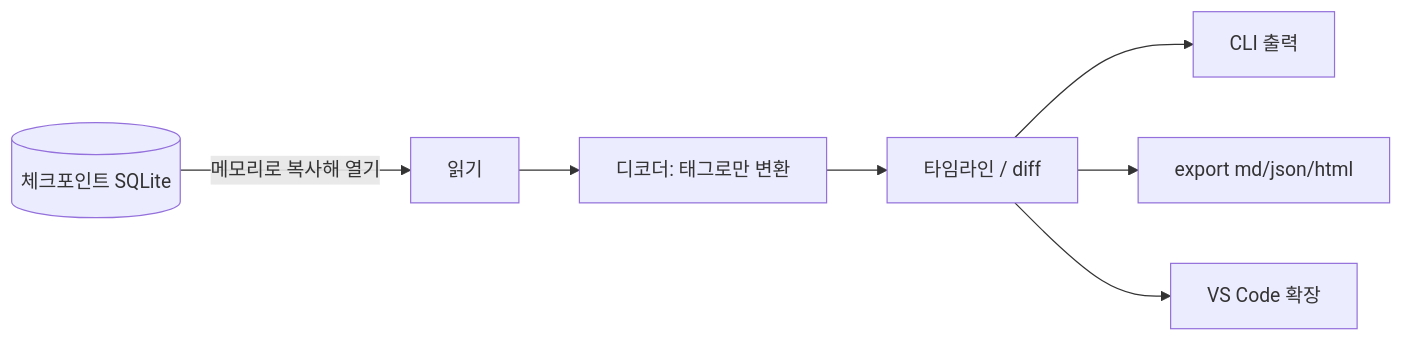
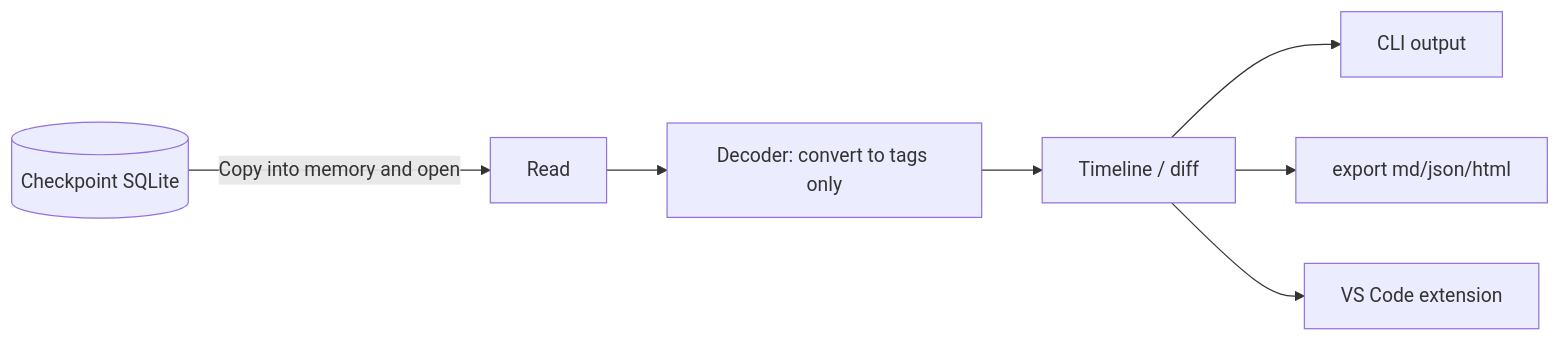
Before and after one commit to LeeGyeongPil/graphtrail: the diagram in README.md, drawn with Mermaid. The commit also changed other lines of this file and 2 other files, not shown here.

````diff
--- a/README.md
+++ b/README.md
@@ -192,9 +190,9 @@
 ```mermaid
 flowchart LR
-  A[(체크포인트 SQLite)] -->|메모리로 복사해 열기| B[읽기]
-  B --> C[디코더: 태그로만 변환]
-  C --> D[타임라인 / diff]
-  D --> E[CLI 출력]
-  D --> F[export md/json/html]
-  D --> G[VS Code 확장]
+  A[("Checkpoint SQLite")] -->|"Copy into memory and open"| B["Read"]
+  B --> C["Decoder: convert to tags only"]
+  C --> D["Timeline / diff"]
+  D --> E["CLI output"]
+  D --> F["export md/json/html"]
+  D --> G["VS Code extension"]
 ```
````
